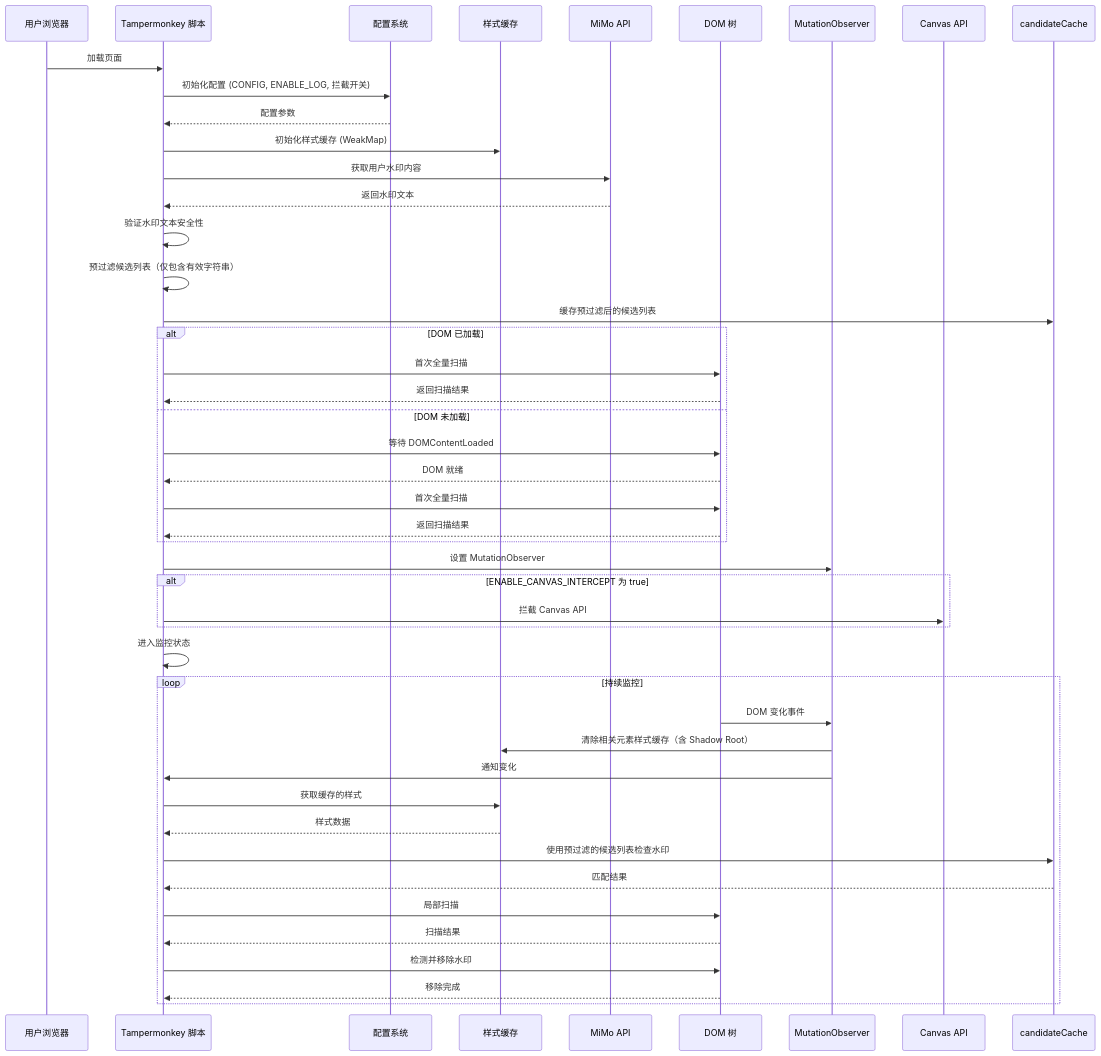
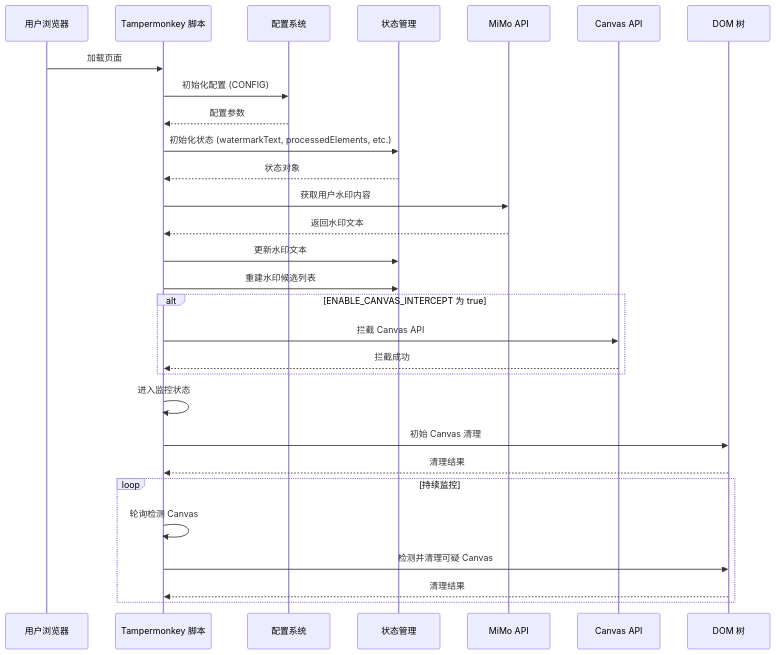
Before and after one commit to wang93wei/Xiaomi-MiMo-Studio-Watermark-Remover: the first of 6 diagrams in doc/SEQUENCE_DIAGRAMS.md, drawn with Mermaid. The commit also changed other lines of this file and 4 other files, not shown here.

````diff
--- a/doc/SEQUENCE_DIAGRAMS.md
+++ b/doc/SEQUENCE_DIAGRAMS.md
@@ -49,53 +20,35 @@
 ```mermaid
 sequenceDiagram
     participant User as 用户浏览器
     participant Script as Tampermonkey 脚本
     participant Config as 配置系统
-    participant Cache as 样式缓存
+    participant State as 状态管理
     participant API as MiMo API
+    participant Canvas as Canvas API
     participant DOM as DOM 树
-    participant Observer as MutationObserver
-    participant Canvas as Canvas API
 
     User->>Script: 加载页面
-    Script->>Config: 初始化配置 (CONFIG, ENABLE_LOG, 拦截开关)
+    Script->>Config: 初始化配置 (CONFIG)
     Config-->>Script: 配置参数
-    Script->>Cache: 初始化样式缓存 (WeakMap)
+    Script->>State: 初始化状态 (watermarkText, processedElements, etc.)
+    State-->>Script: 状态对象
     Script->>API: 获取用户水印内容
     API-->>Script: 返回水印文本
-    Script->>Script: 验证水印文本安全性
-    Script->>Script: 预过滤候选列表（仅包含有效字符串）
-    Script->>candidateCache: 缓存预过滤后的候选列表
-
-    alt DOM 已加载
-        Script->>DOM: 首次全量扫描
-        DOM-->>Script: 返回扫描结果
-    else DOM 未加载
-        Script->>DOM: 等待 DOMContentLoaded
-        DOM-->>Script: DOM 就绪
-        Script->>DOM: 首次全量扫描
-        DOM-->>Script: 返回扫描结果
-    end
-
-    Script->>Observer: 设置 MutationObserver
+    Script->>State: 更新水印文本
+    Script->>State: 重建水印候选列表
 
     alt ENABLE_CANVAS_INTERCEPT 为 true
         Script->>Canvas: 拦截 Canvas API
+        Canvas-->>Script: 拦截成功
     end
 
     Script->>Script: 进入监控状态
+    Script->>DOM: 初始 Canvas 清理
+    DOM-->>Script: 清理结果
 
     loop 持续监控
-        DOM->>Observer: DOM 变化事件
-        Observer->>Cache: 清除相关元素样式缓存（含 Shadow Root）
-        Observer->>Script: 通知变化
-        Script->>Cache: 获取缓存的样式
-        Cache-->>Script: 样式数据
-        Script->>candidateCache: 使用预过滤的候选列表检查水印
-        candidateCache-->>Script: 匹配结果
-        Script->>DOM: 局部扫描
-        DOM-->>Script: 扫描结果
-        Script->>DOM: 检测并移除水印
-        DOM-->>Script: 移除完成
+        Script->>Script: 轮询检测 Canvas
+        Script->>DOM: 检测并清理可疑 Canvas
+        DOM-->>Script: 清理结果
     end
 ```
````
